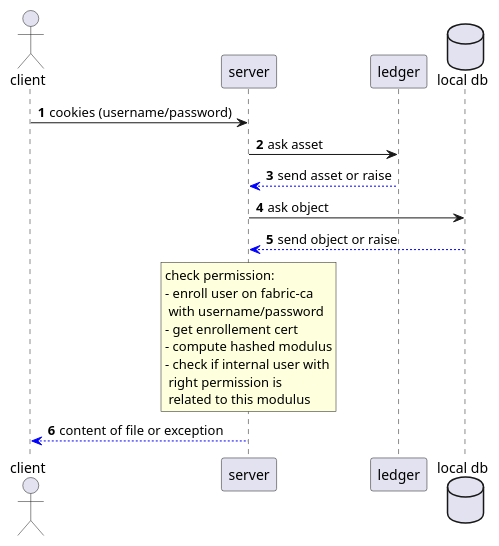
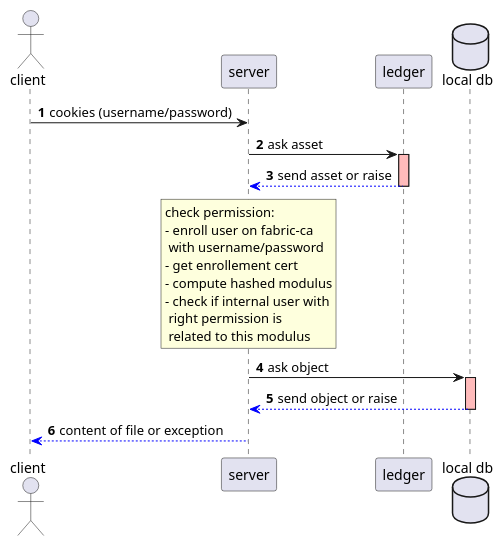
The diagram in doc/download_diag.puml (Substra/hlf-k8s), drawn with PlantUML before and after one commit. The commit also changed 1 other file, not shown here.

```diff
--- a/doc/download_diag.puml
+++ b/doc/download_diag.puml
@@ -1,22 +1,24 @@
 @startuml
 
 skinparam shadowing false
 
 autonumber
 
 actor client
 participant server
 participant ledger
 database "local db" as db
 
 client -> server: cookies (username/password)
 server -> ledger: ask asset
+activate ledger #FFBBBB
 server <[#blue]-- ledger: send asset or raise
+deactivate ledger
+rnote over server: check permission:\n- enroll user on fabric-ca \n with username/password\n- get enrollement cert\n- compute hashed modulus\n- check if internal user with\n right permission is\n related to this modulus
 server -> db: ask object
+activate db #FFBBBB
 server <[#blue]-- db: send object or raise
-rnote over server: check permission:\n- enroll user on fabric-ca \n with username/password\n- get enrollement cert\n- compute hashed modulus\n- check if internal user with\n right permission is\n related to this modulus
+deactivate db
 client <[#blue]-- server: content of file or exception
 
-
-
 @enduml
```
